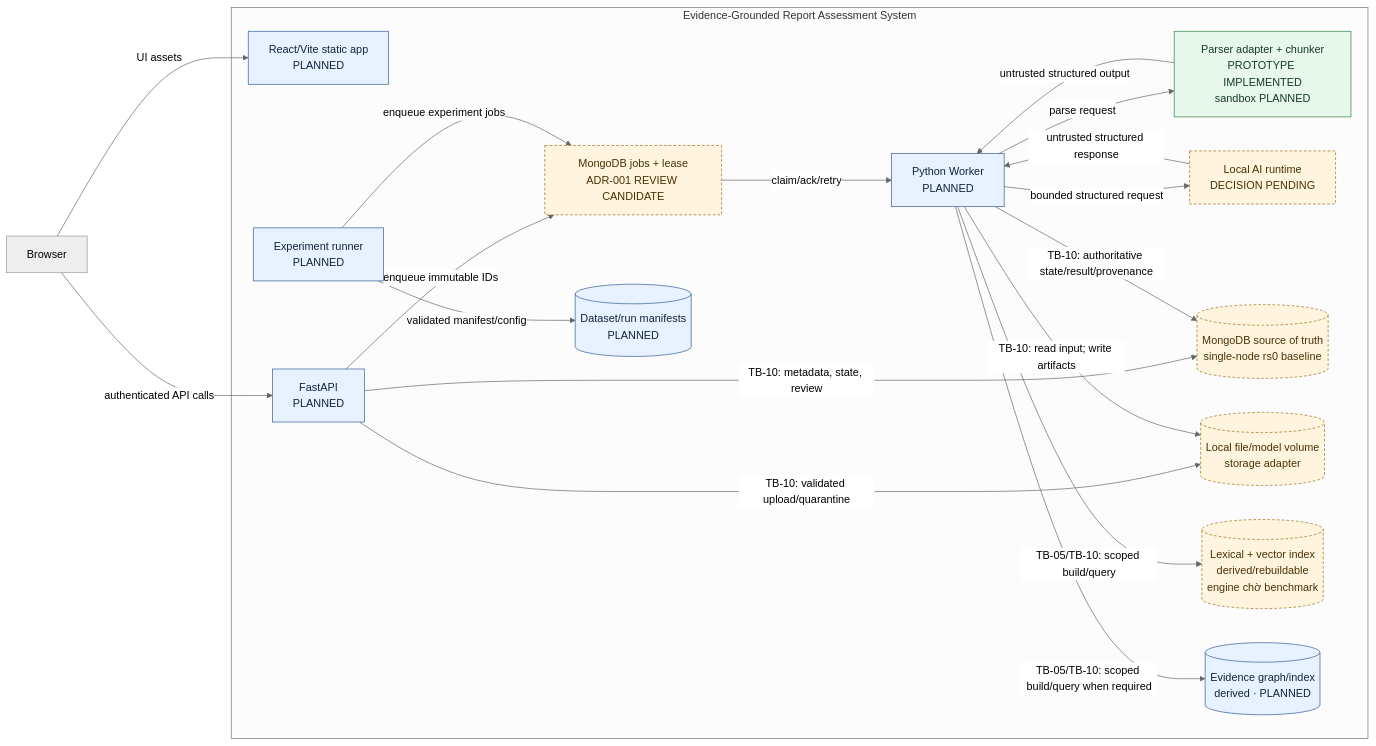
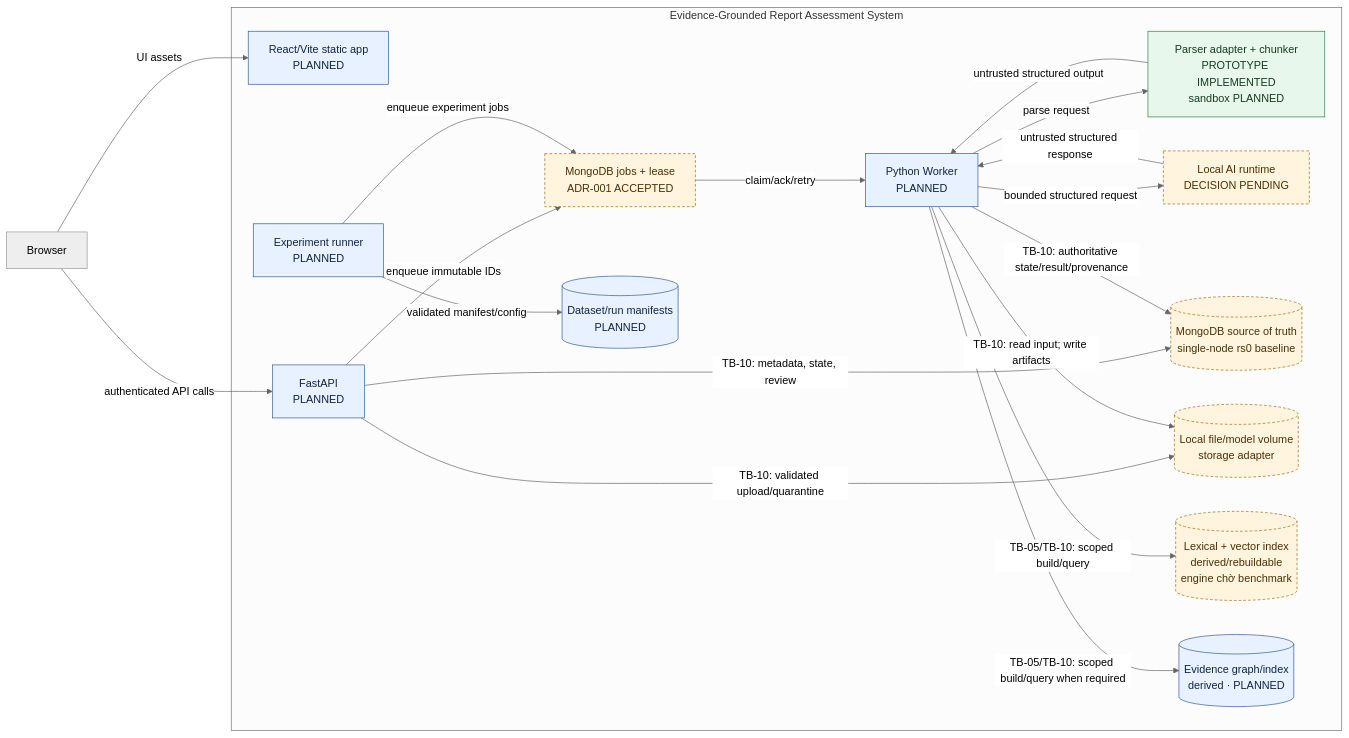
Before and after one commit to ngwine/evidence-grounded-report-assessment: the second of 3 diagrams in docs/architecture/c4.md, drawn with Mermaid (neutral theme). The commit also changed other lines of this file and 8 other files, not shown here.

````diff
--- a/docs/architecture/c4.md
+++ b/docs/architecture/c4.md
@@ -114,44 +114,44 @@
 ```mermaid
 flowchart LR
     B["Browser"]
 
     subgraph SYS["Evidence-Grounded Report Assessment System"]
       WEB["React/Vite static app<br/>PLANNED"]
       API["FastAPI<br/>PLANNED"]
-      Q["MongoDB jobs + lease<br/>ADR-001 REVIEW CANDIDATE"]
+      Q["MongoDB jobs + lease<br/>ADR-001 ACCEPTED"]
       WK["Python Worker<br/>PLANNED"]
       PARSER["Parser adapter + chunker<br/>PROTOTYPE IMPLEMENTED<br/>sandbox PLANNED"]
       AI["Local AI runtime<br/>DECISION PENDING"]
       DB[("MongoDB source of truth<br/>single-node rs0 baseline")]
       FS[("Local file/model volume<br/>storage adapter")]
       IDX[("Lexical + vector index<br/>derived/rebuildable<br/>engine chờ benchmark")]
       GRAPH[("Evidence graph/index<br/>derived · PLANNED")]
       ER["Experiment runner<br/>PLANNED"]
       REG[("Dataset/run manifests<br/>PLANNED")]
 
       API -->|"TB-10: metadata, state, review"| DB
       API -->|"TB-10: validated upload/quarantine"| FS
       API -->|"enqueue immutable IDs"| Q
       Q -->|"claim/ack/retry"| WK
       WK -->|"TB-10: read input; write artifacts"| FS
       WK -->|"parse request"| PARSER
       PARSER -->|"untrusted structured output"| WK
       WK -->|"TB-10: authoritative state/result/provenance"| DB
       WK -->|"TB-05/TB-10: scoped build/query"| IDX
       WK -->|"TB-05/TB-10: scoped build/query when required"| GRAPH
       WK -->|"bounded structured request"| AI
       AI -->|"untrusted structured response"| WK
       ER -->|"validated manifest/config"| REG
       ER -->|"enqueue experiment jobs"| Q
     end
 
     B -->|"UI assets"| WEB
     B -->|"authenticated API calls"| API
 
     classDef planned fill:#e8f1ff,stroke:#315b96,color:#10243e;
     classDef prototype fill:#e8f7ec,stroke:#2f7d46,color:#153b22;
     classDef pending fill:#fff4dd,stroke:#9a6a13,color:#493106,stroke-dasharray: 4 3;
     class WEB,API,WK,GRAPH,ER,REG planned;
     class PARSER prototype;
     class Q,AI,DB,FS,IDX pending;
 ```
````
